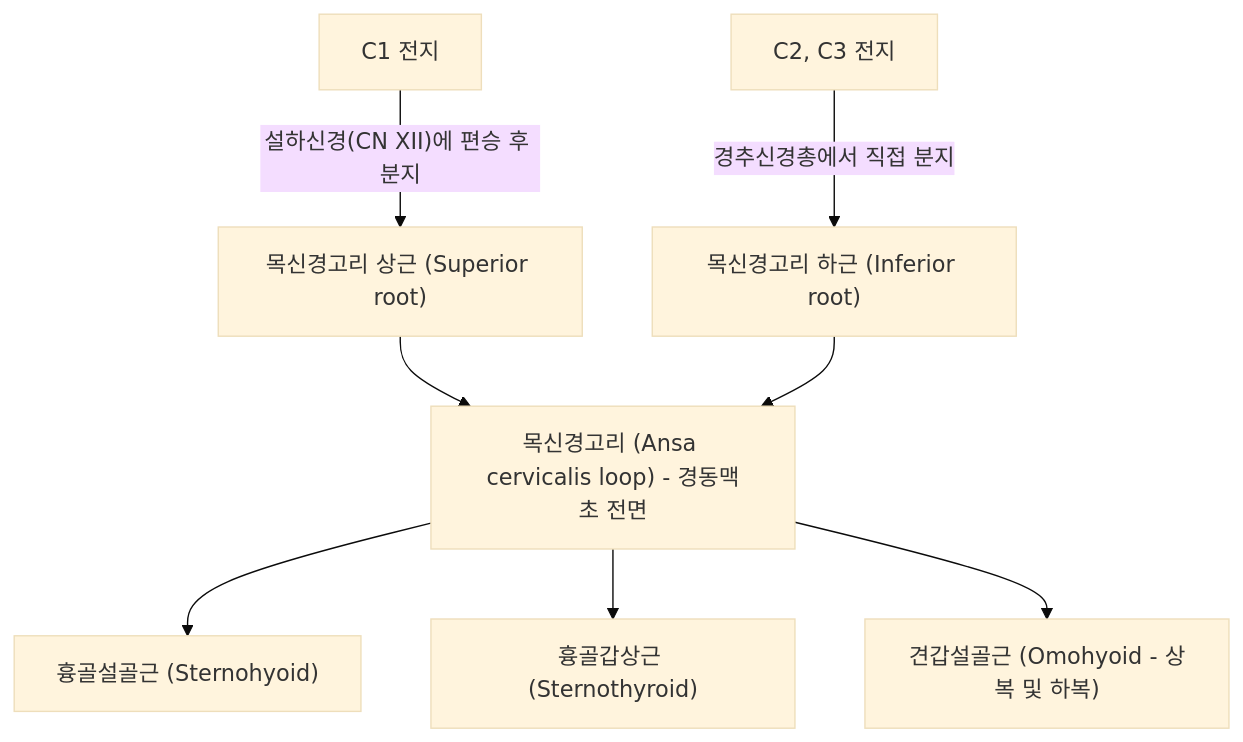
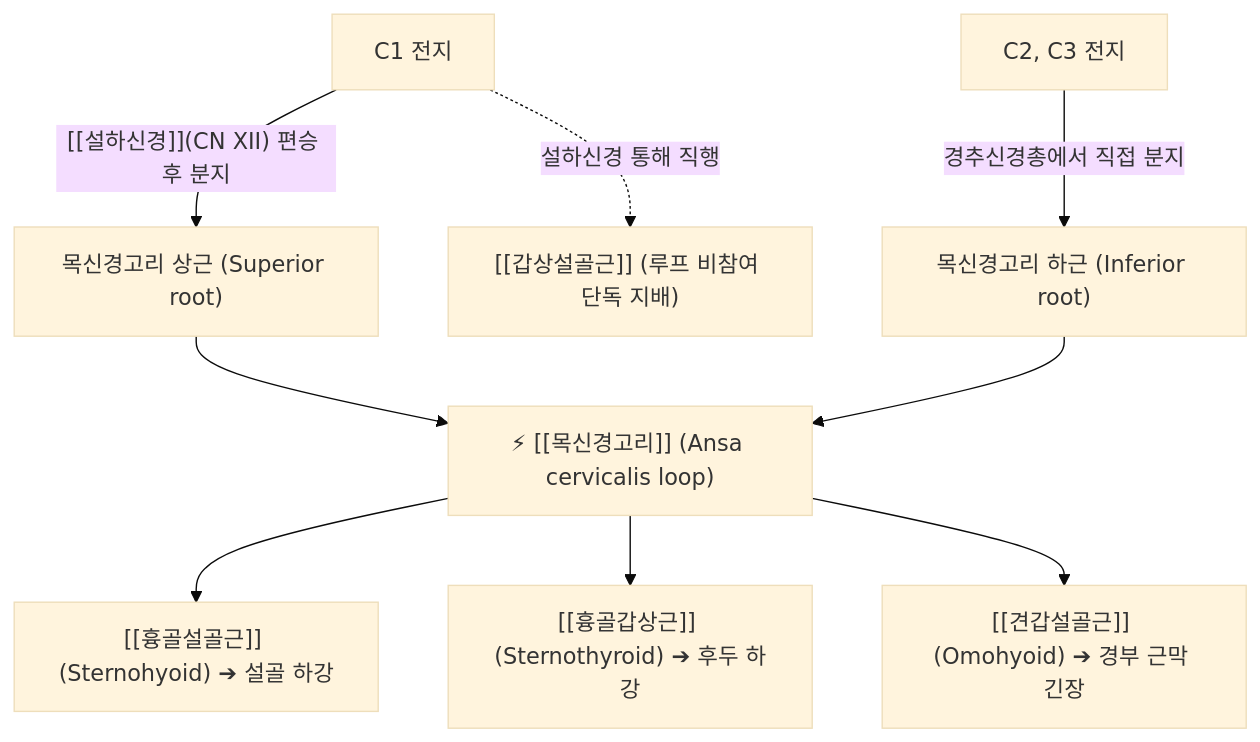
The diagram in content/1. 근골격계 공부/신경/03_경신경총/목신경고리.md (simbio11/simbio-digital-garden2), drawn with Mermaid (base theme) before and after one commit. The commit also changed other lines of this file and 73 other files, not shown here.

````diff
--- a/content/1. 근골격계 공부/신경/03_경신경총/목신경고리.md
+++ b/content/1. 근골격계 공부/신경/03_경신경총/목신경고리.md
@@ -29,9 +49,10 @@
 ```mermaid
-flowchart TD
-    A["C1 전지"] -->|"설하신경(CN XII)에 편승 후 분지"| B["목신경고리 상근 (Superior root)"]
+graph TD
+    A["C1 전지"] -->|"[[설하신경]](CN XII) 편승 후 분지"| B["목신경고리 상근 (Superior root)"]
     C["C2, C3 전지"] -->|"경추신경총에서 직접 분지"| D["목신경고리 하근 (Inferior root)"]
-    B & D --> E["목신경고리 (Ansa cervicalis loop) - 경동맥초 전면"]
-    E --> F["흉골설골근 (Sternohyoid)"]
-    E --> G["흉골갑상근 (Sternothyroid)"]
-    E --> H["견갑설골근 (Omohyoid - 상복 및 하복)"]
+    B & D --> E["⚡ [[목신경고리]] (Ansa cervicalis loop)"]
+    E --> F["[[흉골설골근]] (Sternohyoid) ➔ 설골 하강"]
+    E --> G["[[흉골갑상근]] (Sternothyroid) ➔ 후두 하강"]
+    E --> H["[[견갑설골근]] (Omohyoid) ➔ 경부 근막 긴장"]
+    A -.->|"설하신경 통해 직행"| TH["[[갑상설골근]] (루프 비참여 단독 지배)"]
 ```
````
